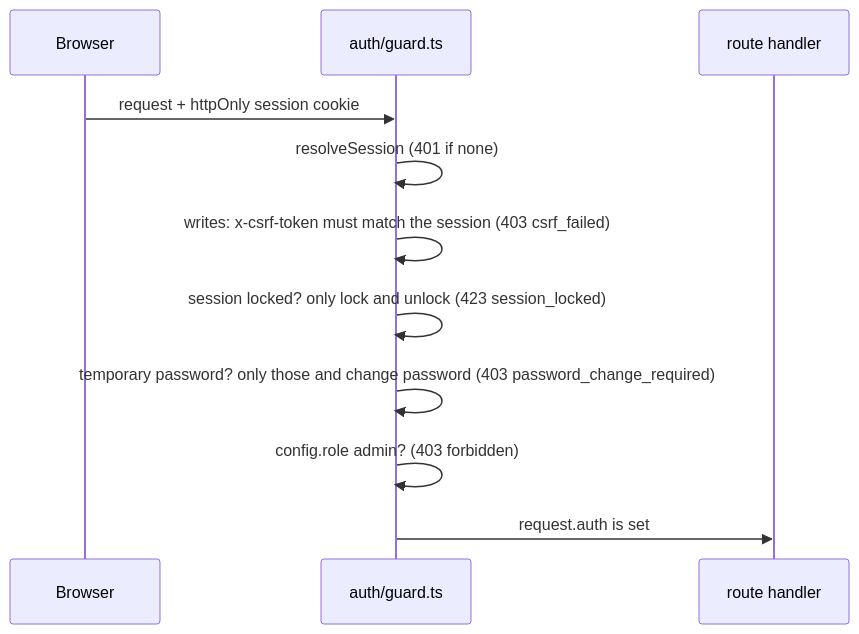
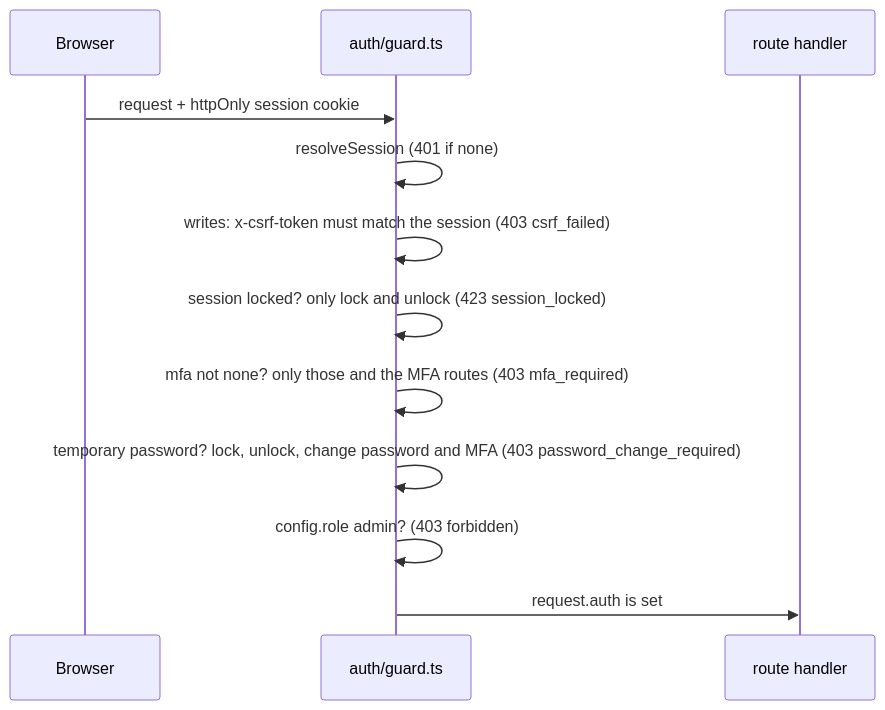
Before and after one commit to haophn01/fun-thinking-rampart: the diagram in pod-docs/feature-details/setup-and-sign-in.md, drawn with Mermaid. The commit also changed other lines of this file and 8 other files, not shown here.

````diff
--- a/pod-docs/feature-details/setup-and-sign-in.md
+++ b/pod-docs/feature-details/setup-and-sign-in.md
@@ -7,13 +9,14 @@
 ```mermaid
 sequenceDiagram
   participant B as Browser
   participant G as auth/guard.ts
   participant R as route handler
   B->>G: request + httpOnly session cookie
   G->>G: resolveSession (401 if none)
   G->>G: writes: x-csrf-token must match the session (403 csrf_failed)
   G->>G: session locked? only lock and unlock (423 session_locked)
-  G->>G: temporary password? only those and change password (403 password_change_required)
+  G->>G: mfa not none? only those and the MFA routes (403 mfa_required)
+  G->>G: temporary password? lock, unlock, change password and MFA (403 password_change_required)
   G->>G: config.role admin? (403 forbidden)
   G->>R: request.auth is set
 ```
````
